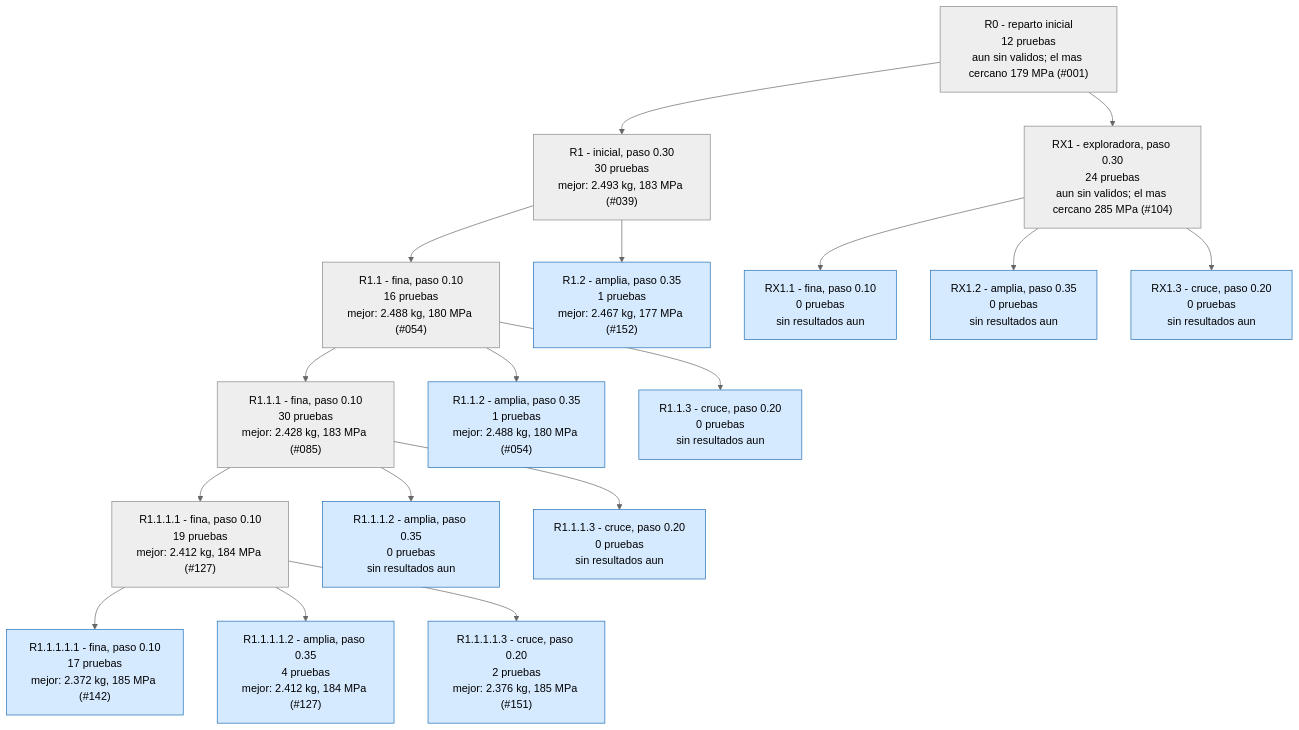
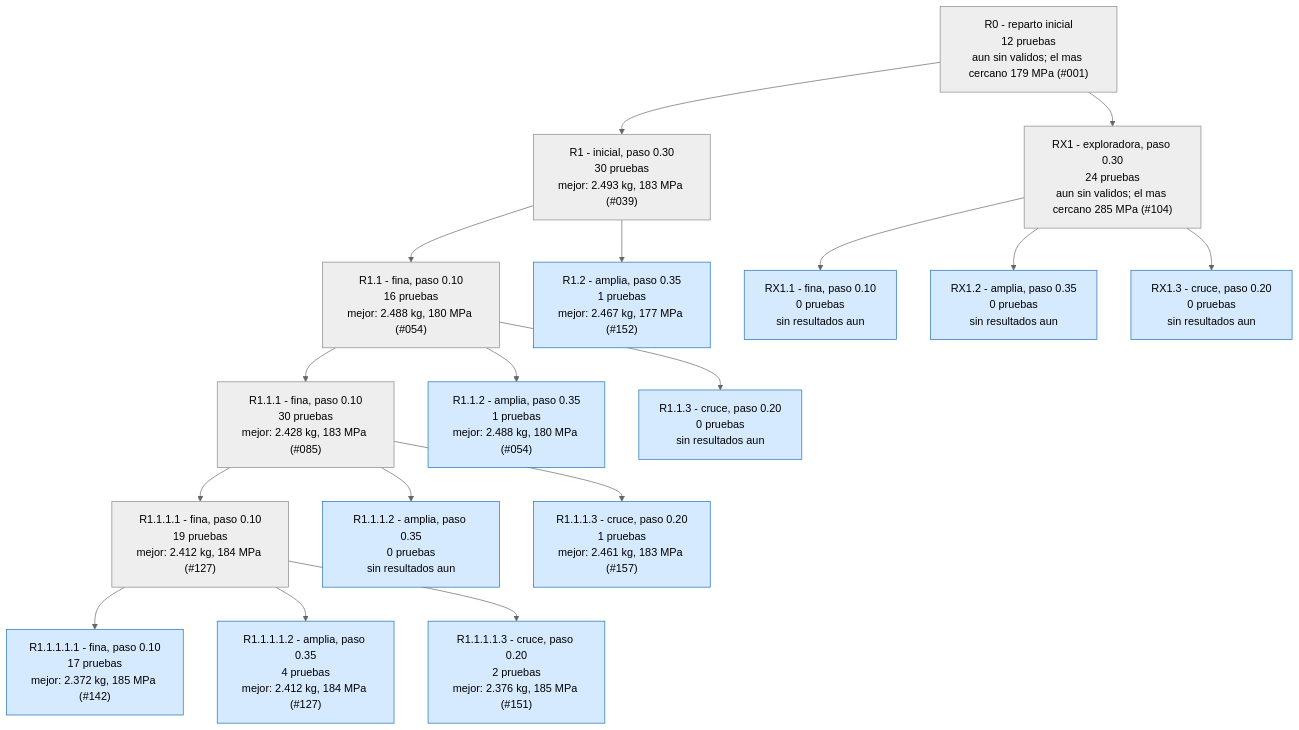
One commit to Hugiko/msd-soporte-optimizacion changed the first of 3 diagrams in runs/opt_37800N/ARBOL.md. Above: the diagram before and after it, drawn with Mermaid (neutral theme). The commit also changed 22 other files, not shown here.

````diff
--- a/runs/opt_37800N/ARBOL.md
+++ b/runs/opt_37800N/ARBOL.md
@@ -9,39 +9,39 @@
 ```mermaid
 graph TD
 classDef activa fill:#d6eaff,stroke:#1f6fb5,color:#000
 classDef fin fill:#eeeeee,stroke:#888,color:#000
 classDef mejor fill:#c8f0c0,stroke:#1a9850,stroke-width:4px,color:#000
 R0["R0 - reparto inicial<br/>12 pruebas<br/>aun sin validos; el mas cercano 179 MPa (#001)"]:::fin
 R1["R1 - inicial, paso 0.30<br/>30 pruebas<br/>mejor: 2.493 kg, 183 MPa (#039)"]:::fin
 R0 --> R1
 R1_1["R1.1 - fina, paso 0.10<br/>16 pruebas<br/>mejor: 2.488 kg, 180 MPa (#054)"]:::fin
 R1 --> R1_1
 R1_2["R1.2 - amplia, paso 0.35<br/>1 pruebas<br/>mejor: 2.467 kg, 177 MPa (#152)"]:::activa
 R1 --> R1_2
 R1_1_1["R1.1.1 - fina, paso 0.10<br/>30 pruebas<br/>mejor: 2.428 kg, 183 MPa (#085)"]:::fin
 R1_1 --> R1_1_1
 R1_1_2["R1.1.2 - amplia, paso 0.35<br/>1 pruebas<br/>mejor: 2.488 kg, 180 MPa (#054)"]:::activa
 R1_1 --> R1_1_2
 R1_1_3["R1.1.3 - cruce, paso 0.20<br/>0 pruebas<br/>sin resultados aun"]:::activa
 R1_1 --> R1_1_3
 R1_1_1_1["R1.1.1.1 - fina, paso 0.10<br/>19 pruebas<br/>mejor: 2.412 kg, 184 MPa (#127)"]:::fin
 R1_1_1 --> R1_1_1_1
 R1_1_1_2["R1.1.1.2 - amplia, paso 0.35<br/>0 pruebas<br/>sin resultados aun"]:::activa
 R1_1_1 --> R1_1_1_2
-R1_1_1_3["R1.1.1.3 - cruce, paso 0.20<br/>0 pruebas<br/>sin resultados aun"]:::activa
+R1_1_1_3["R1.1.1.3 - cruce, paso 0.20<br/>1 pruebas<br/>mejor: 2.461 kg, 183 MPa (#157)"]:::activa
 R1_1_1 --> R1_1_1_3
 RX1["RX1 - exploradora, paso 0.30<br/>24 pruebas<br/>aun sin validos; el mas cercano 285 MPa (#104)"]:::fin
 R0 --> RX1
 RX1_1["RX1.1 - fina, paso 0.10<br/>0 pruebas<br/>sin resultados aun"]:::activa
 RX1 --> RX1_1
 RX1_2["RX1.2 - amplia, paso 0.35<br/>0 pruebas<br/>sin resultados aun"]:::activa
 RX1 --> RX1_2
 RX1_3["RX1.3 - cruce, paso 0.20<br/>0 pruebas<br/>sin resultados aun"]:::activa
 RX1 --> RX1_3
 R1_1_1_1_1["R1.1.1.1.1 - fina, paso 0.10<br/>17 pruebas<br/>mejor: 2.372 kg, 185 MPa (#142)"]:::activa
 R1_1_1_1 --> R1_1_1_1_1
 R1_1_1_1_2["R1.1.1.1.2 - amplia, paso 0.35<br/>4 pruebas<br/>mejor: 2.412 kg, 184 MPa (#127)"]:::activa
 R1_1_1_1 --> R1_1_1_1_2
 R1_1_1_1_3["R1.1.1.1.3 - cruce, paso 0.20<br/>2 pruebas<br/>mejor: 2.376 kg, 185 MPa (#151)"]:::activa
 R1_1_1_1 --> R1_1_1_1_3
 ```
````
